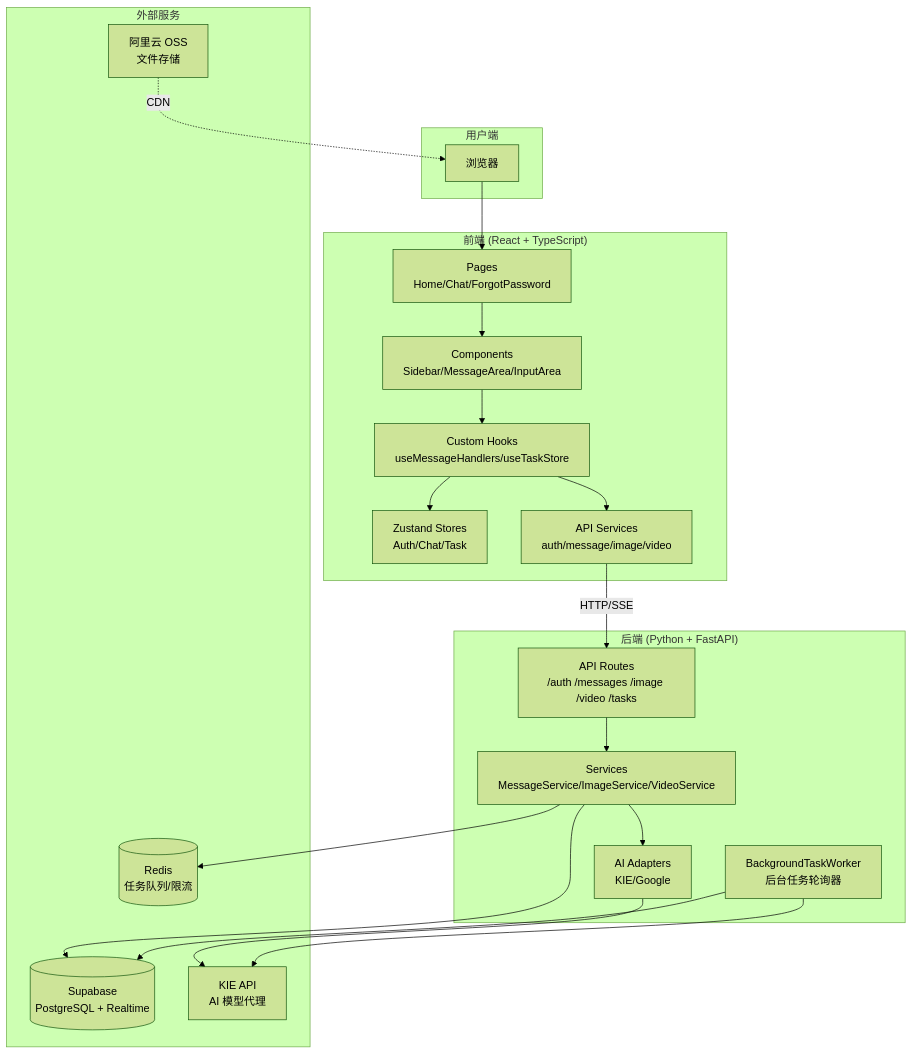
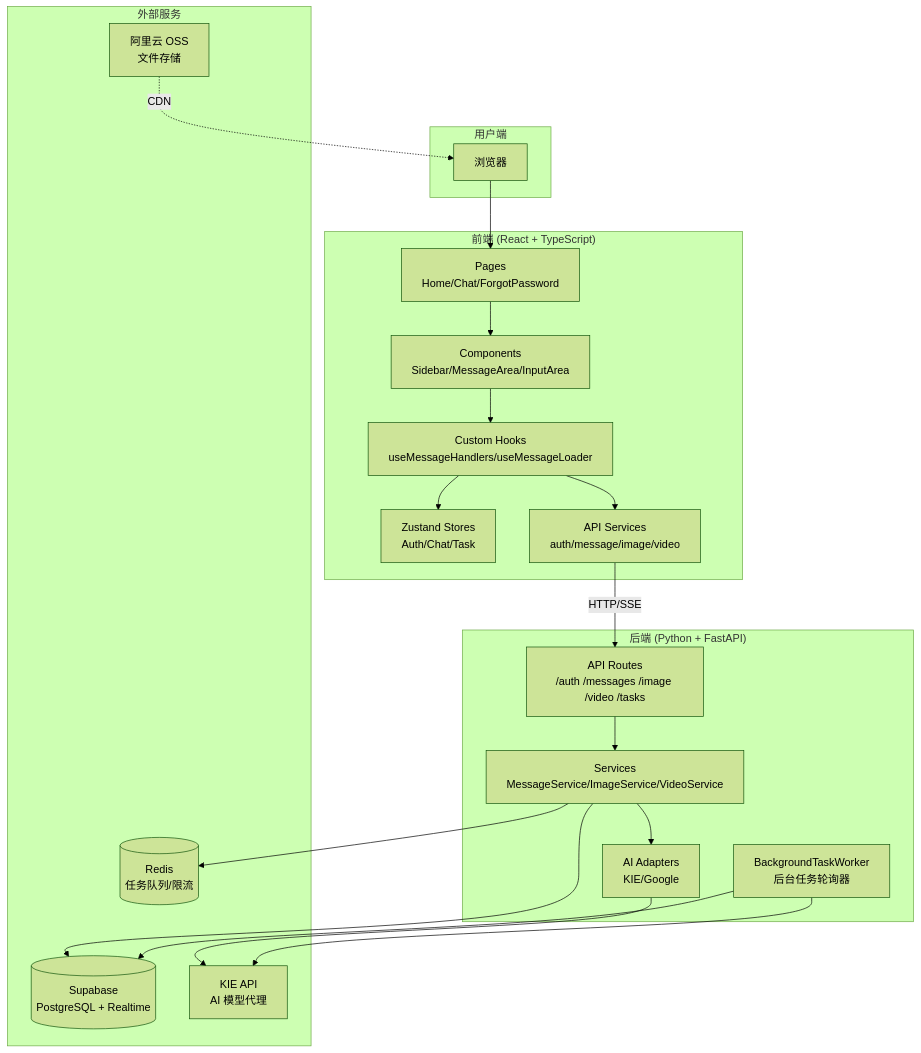
Before and after one commit to wucong75644-crypto/EVERYDAYAIONE: the first of 9 diagrams in docs/FLOW_DIAGRAMS.md, drawn with Mermaid (forest theme). The commit also changed other lines of this file and 125 other files, not shown here.

````diff
--- a/docs/FLOW_DIAGRAMS.md
+++ b/docs/FLOW_DIAGRAMS.md
@@ -22,43 +22,43 @@
 ```mermaid
 flowchart TB
     subgraph 用户端
         Browser[浏览器]
     end
 
     subgraph 前端["前端 (React + TypeScript)"]
         Pages[Pages<br/>Home/Chat/ForgotPassword]
         Components[Components<br/>Sidebar/MessageArea/InputArea]
         Stores[Zustand Stores<br/>Auth/Chat/Task]
         Services[API Services<br/>auth/message/image/video]
-        Hooks[Custom Hooks<br/>useMessageHandlers/useTaskStore]
+        Hooks[Custom Hooks<br/>useMessageHandlers/useMessageLoader]
     end
 
     subgraph 后端["后端 (Python + FastAPI)"]
         Routes[API Routes<br/>/auth /messages /image /video /tasks]
         BusinessServices[Services<br/>MessageService/ImageService/VideoService]
         Adapters[AI Adapters<br/>KIE/Google]
         Worker[BackgroundTaskWorker<br/>后台任务轮询器]
     end
 
     subgraph 外部服务
         Supabase[(Supabase<br/>PostgreSQL + Realtime)]
         Redis[(Redis<br/>任务队列/限流)]
         OSS[阿里云 OSS<br/>文件存储]
         KIE[KIE API<br/>AI 模型代理]
     end
 
     Browser --> Pages
     Pages --> Components
     Components --> Hooks
     Hooks --> Stores
     Hooks --> Services
     Services -->|HTTP/SSE| Routes
     Routes --> BusinessServices
     BusinessServices --> Adapters
     BusinessServices --> Supabase
     BusinessServices --> Redis
     Adapters --> KIE
     Worker --> Supabase
     Worker --> KIE
     OSS -.->|CDN| Browser
 ```
````
